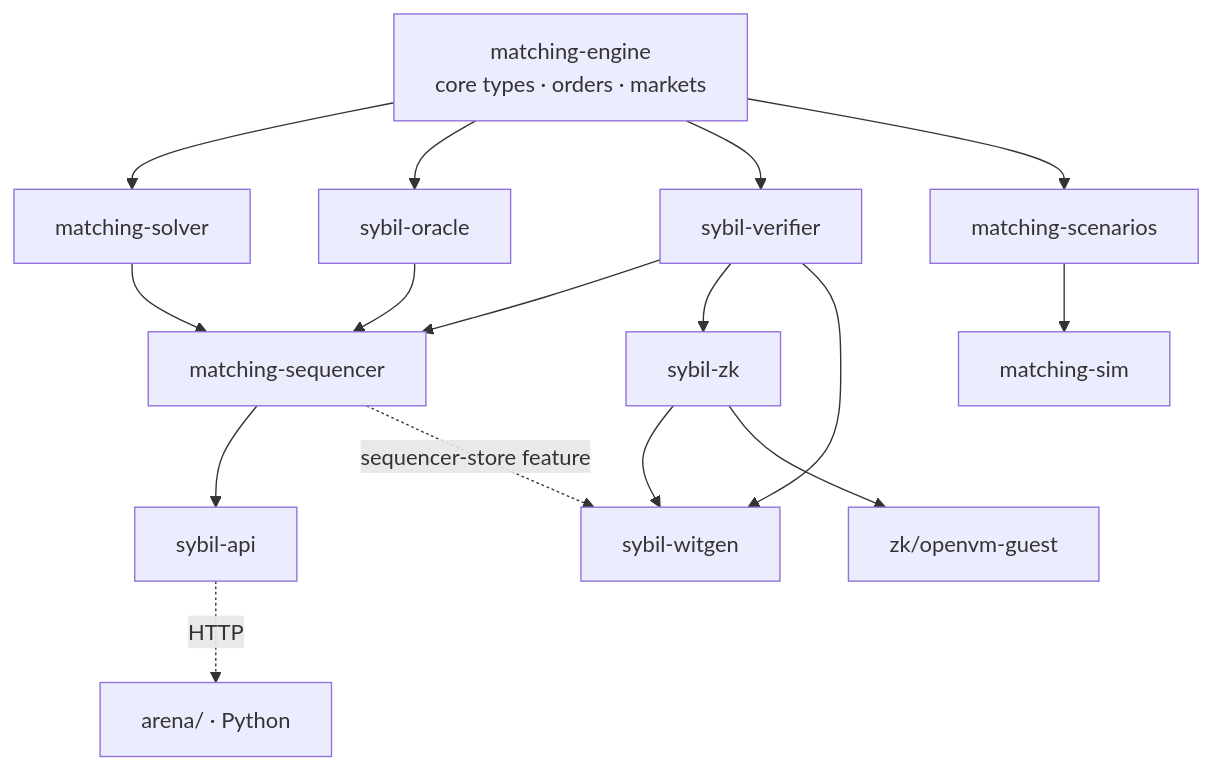
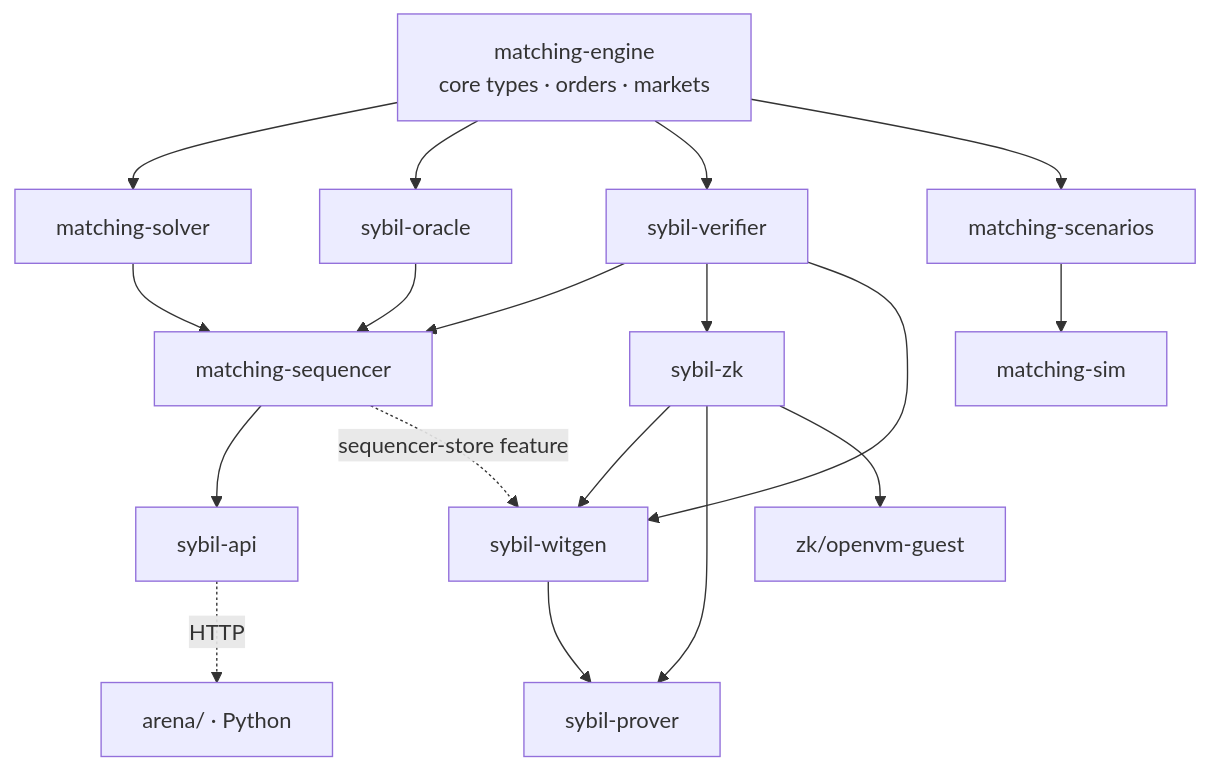
One commit to MetaB0y/sybil changed the diagram in docs/architecture/Crate Dependency Map.md. Above: the diagram before and after it, drawn with Mermaid. The commit also changed other lines of this file and 6 other files, not shown here.

````diff
--- a/docs/architecture/Crate Dependency Map.md
+++ b/docs/architecture/Crate Dependency Map.md
@@ -24,23 +26,25 @@
 ```mermaid
 graph TB
     ENGINE["matching-engine<br/>core types · orders · markets"]
 
     ENGINE --> SOLVER["matching-solver"]
     ENGINE --> ORACLE["sybil-oracle"]
     ENGINE --> VERIFIER["sybil-verifier"]
     ENGINE --> SCENARIOS["matching-scenarios"]
 
     SOLVER --> SEQ["matching-sequencer"]
     ORACLE --> SEQ
     VERIFIER --> SEQ
 
     SEQ --> API["sybil-api"]
     API -.->|"HTTP"| ARENA["arena/ · Python"]
 
     SCENARIOS --> SIM["matching-sim"]
     VERIFIER --> ZK["sybil-zk"]
     VERIFIER --> WITGEN
     ZK --> WITGEN
     SEQ -.->|"sequencer-store feature"| WITGEN["sybil-witgen"]
+    WITGEN --> PROVER["sybil-prover"]
+    ZK --> PROVER
     ZK --> OPENVM["zk/openvm-guest"]
 ```
````
